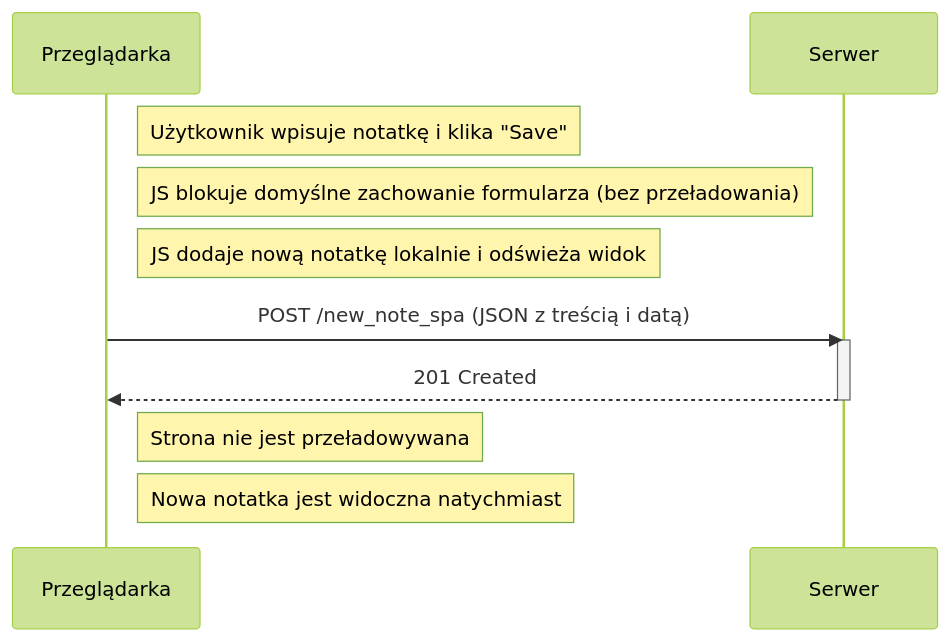
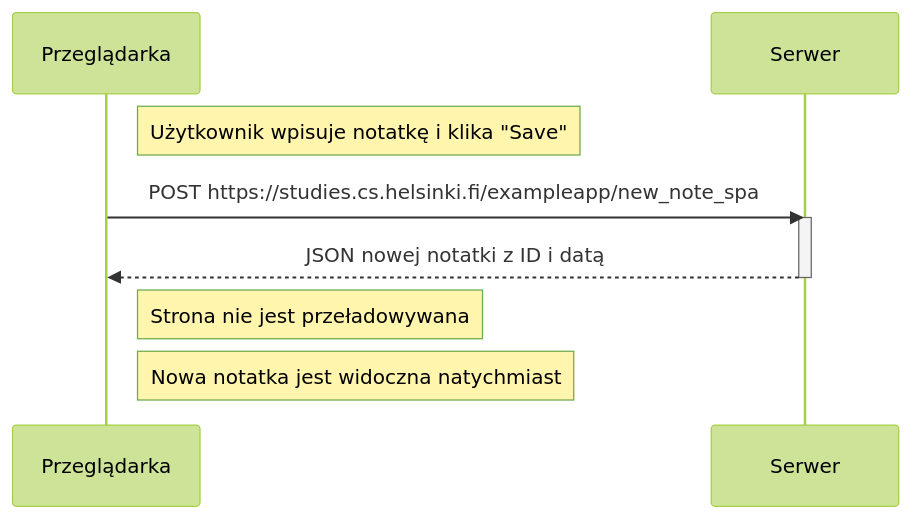
One commit to 77qd/FullStack changed the diagram in part0/zad0.6.mmd. Above: the diagram before and after it, drawn with Mermaid (forest theme). The commit also changed 2 other files, not shown here.

```diff
--- a/part0/zad0.6.mmd
+++ b/part0/zad0.6.mmd
@@ -1,16 +1,13 @@
 sequenceDiagram
     participant Przeglądarka
     participant Serwer
 
     Note right of Przeglądarka: Użytkownik wpisuje notatkę i klika "Save"
 
-    Note right of Przeglądarka: JS blokuje domyślne zachowanie formularza (bez przeładowania)
-    Note right of Przeglądarka: JS dodaje nową notatkę lokalnie i odświeża widok
-
-    Przeglądarka->>Serwer: POST /new_note_spa (JSON z treścią i datą)
+    Przeglądarka->>Serwer: POST https://studies.cs.helsinki.fi/exampleapp/new_note_spa
     activate Serwer
-    Serwer-->>Przeglądarka: 201 Created
+    Serwer-->>Przeglądarka: JSON nowej notatki z ID i datą
     deactivate Serwer
 
     Note right of Przeglądarka: Strona nie jest przeładowywana
     Note right of Przeglądarka: Nowa notatka jest widoczna natychmiast
```
